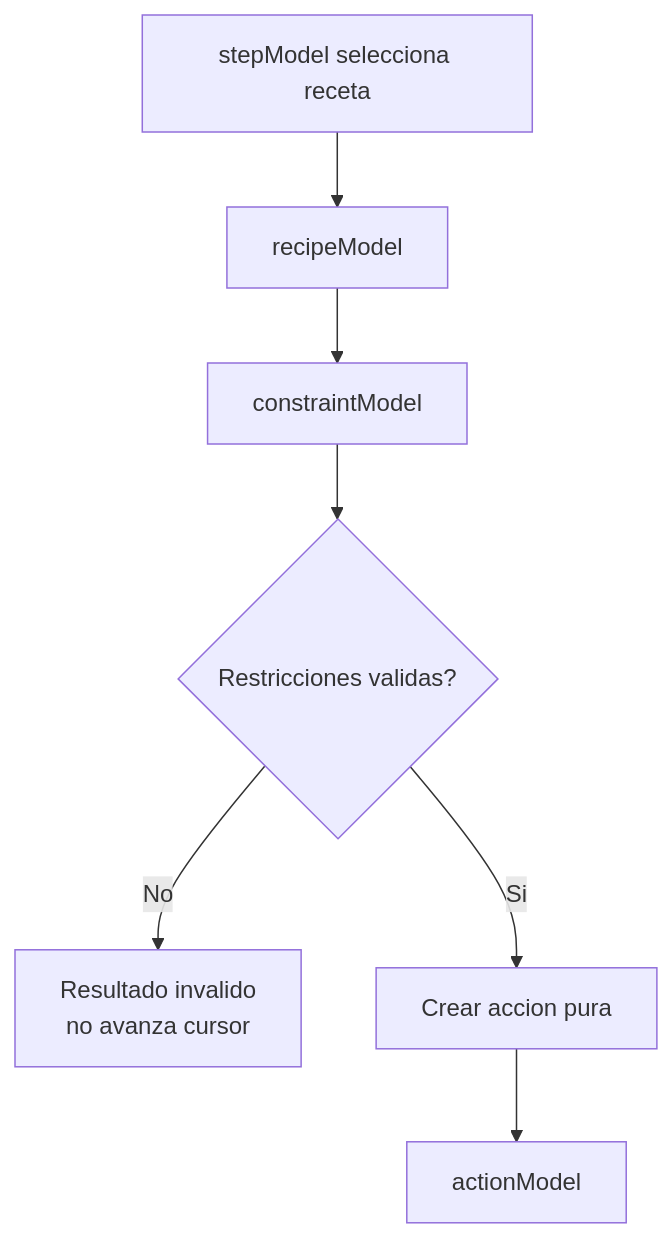
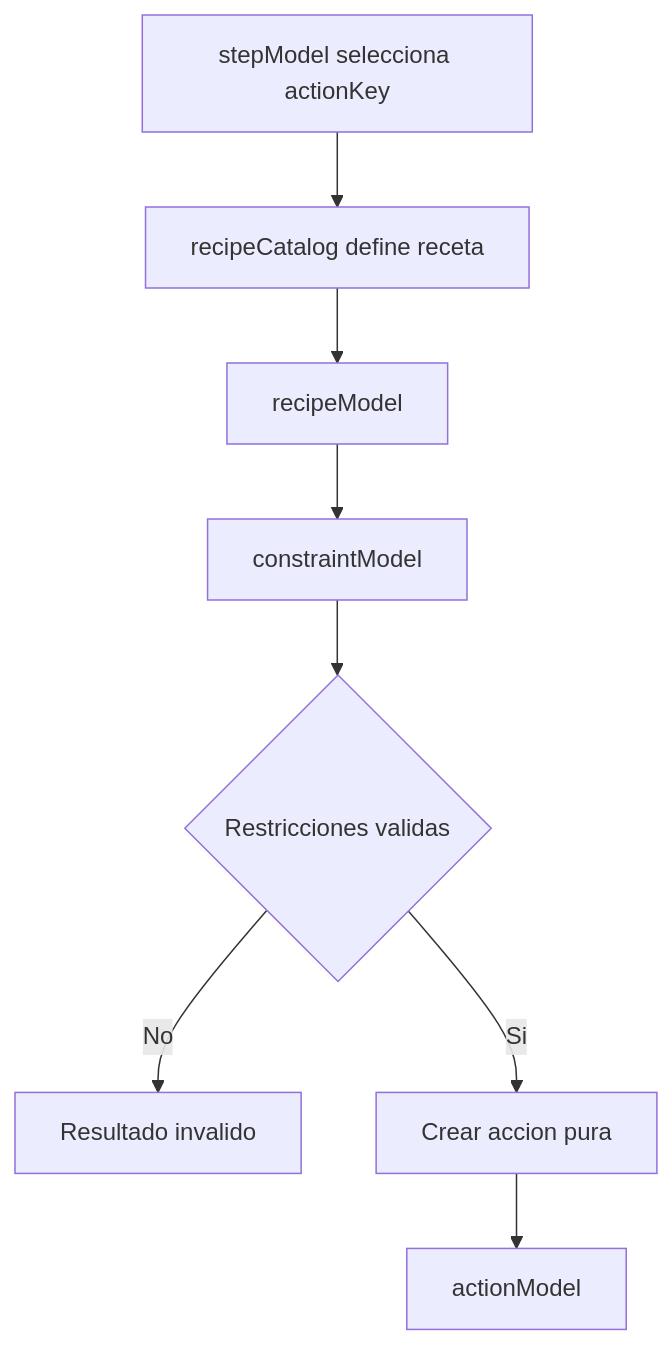
Before and after one commit to juanramonmorandeira/castronegro-director: the third of 12 diagrams in docs/engine_flow_map.md, drawn with Mermaid. The commit also changed other lines of this file and 29 other files, not shown here.

Commit message:
feat: mejoras conceptuales, definitions, catalog, model. definicion constructores

````diff
--- a/docs/engine_flow_map.md
+++ b/docs/engine_flow_map.md
@@ -93,9 +118,10 @@
 ```mermaid
 flowchart TD
-  A[stepModel selecciona receta] --> B[recipeModel]
-  B --> C[constraintModel]
-  C --> D{Restricciones validas?}
-  D -->|No| E[Resultado invalido<br/>no avanza cursor]
-  D -->|Si| F[Crear accion pura]
-  F --> G[actionModel]
+  A[stepModel selecciona actionKey] --> B[recipeCatalog define receta]
+  B --> C[recipeModel]
+  C --> D[constraintModel]
+  D --> E{Restricciones validas}
+  E -->|No| F[Resultado invalido]
+  E -->|Si| G[Crear accion pura]
+  G --> H[actionModel]
 ```
````
